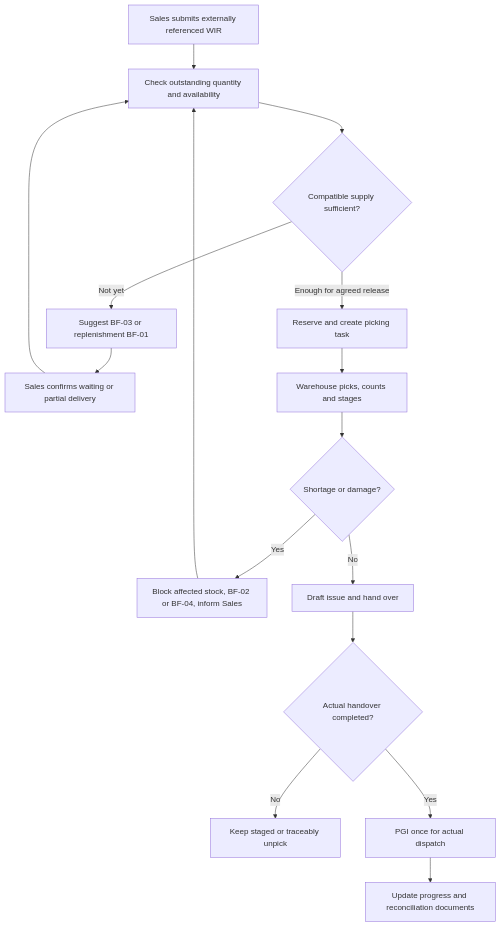
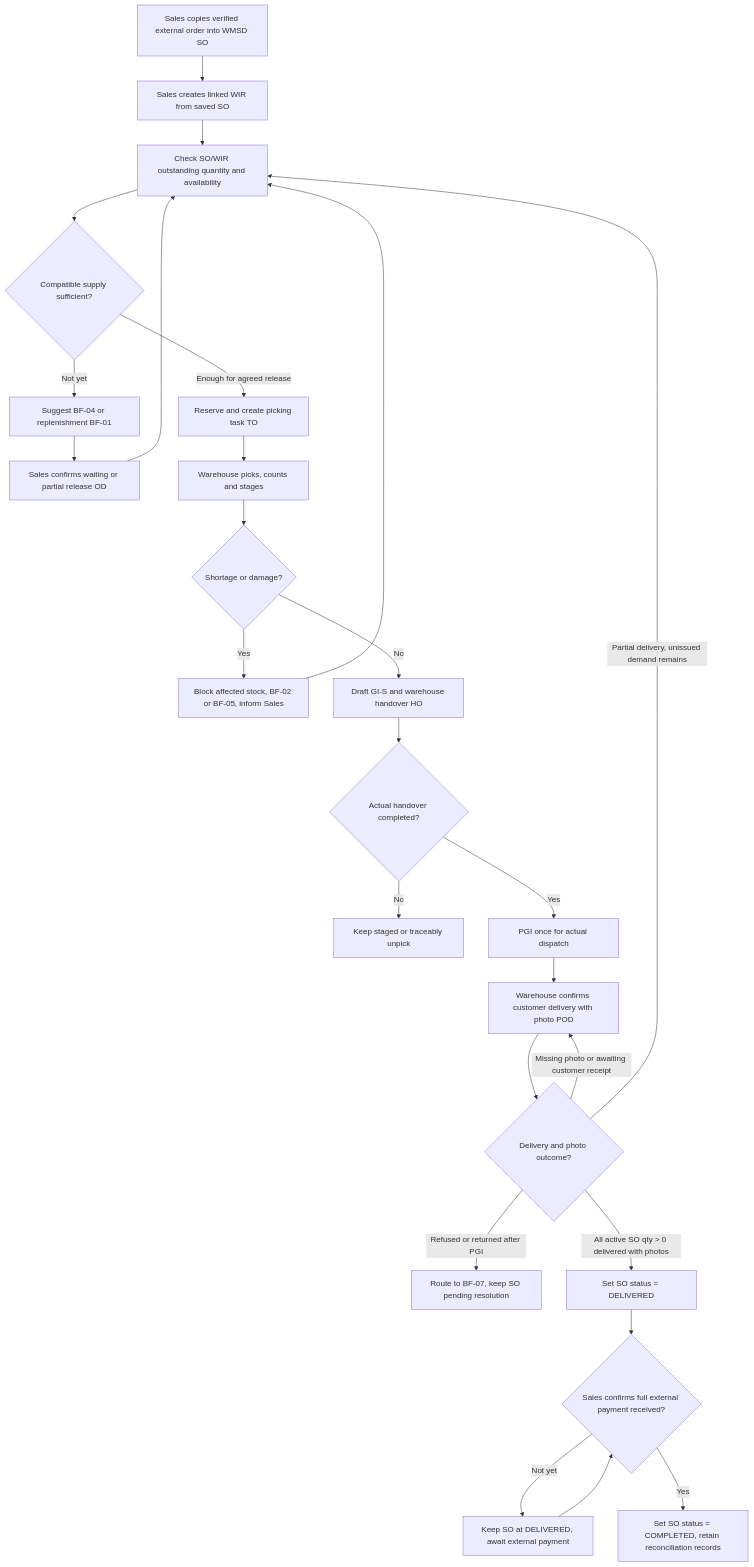
One commit to minhbach032003/docs_doan changed the seventh of 9 diagrams in docs/02_nghiep_vu/de_xuat_quy_trinh_2_EN.md. Above: the diagram before and after it, drawn with Mermaid. The commit also changed other lines of this file and 5 other files, not shown here.

Commit message:
docs: split warehouse flows and align sales data model

````diff
--- a/docs/02_nghiep_vu/de_xuat_quy_trinh_2_EN.md
+++ b/docs/02_nghiep_vu/de_xuat_quy_trinh_2_EN.md
@@ -701,18 +754,28 @@
 ```mermaid
 flowchart TD
- A[Sales submits externally referenced WIR] --> B[Check outstanding quantity and availability]
+ A[Sales copies verified external order into WMSD SO] --> A2[Sales creates linked WIR from saved SO]
+ A2 --> B[Check SO/WIR outstanding quantity and availability]
  B --> C{Compatible supply sufficient?}
- C -->|Not yet| D[Suggest BF-03 or replenishment BF-01]
- D --> E[Sales confirms waiting or partial delivery]
+ C -->|Not yet| D[Suggest BF-04 or replenishment BF-01]
+ D --> E[Sales confirms waiting or partial release OD]
  E --> B
- C -->|Enough for agreed release| F[Reserve and create picking task]
+ C -->|Enough for agreed release| F[Reserve and create picking task TO]
  F --> G[Warehouse picks, counts and stages]
  G --> H{Shortage or damage?}
- H -->|Yes| I[Block affected stock, BF-02 or BF-04, inform Sales]
+ H -->|Yes| I[Block affected stock, BF-02 or BF-05, inform Sales]
  I --> B
- H -->|No| J[Draft issue and hand over]
+ H -->|No| J[Draft GI-S and warehouse handover HO]
  J --> K{Actual handover completed?}
  K -->|No| L[Keep staged or traceably unpick]
  K -->|Yes| M[PGI once for actual dispatch]
- M --> N[Update progress and reconciliation documents]
+ M --> N[Warehouse confirms customer delivery with photo POD]
+ N --> O{Delivery and photo outcome?}
+ O -->|Missing photo or awaiting customer receipt| N
+ O -->|Refused or returned after PGI| O2[Route to BF-07, keep SO pending resolution]
+ O -->|Partial delivery, unissued demand remains| B
+ O -->|All active SO qty > 0 delivered with photos| P[Set SO status = DELIVERED]
+ P --> Q{Sales confirms full external payment received?}
+ Q -->|Not yet| R[Keep SO at DELIVERED, await external payment]
+ R --> Q
+ Q -->|Yes| S[Set SO status = COMPLETED, retain reconciliation records]
 ```
````
